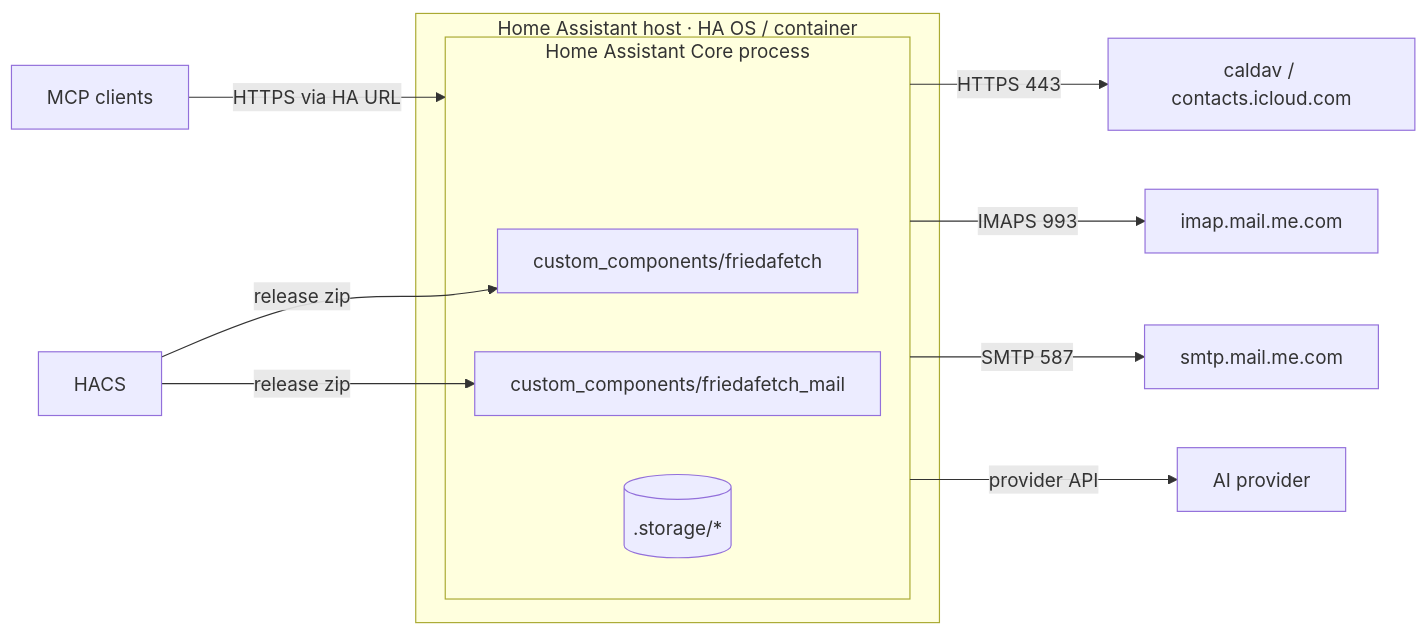
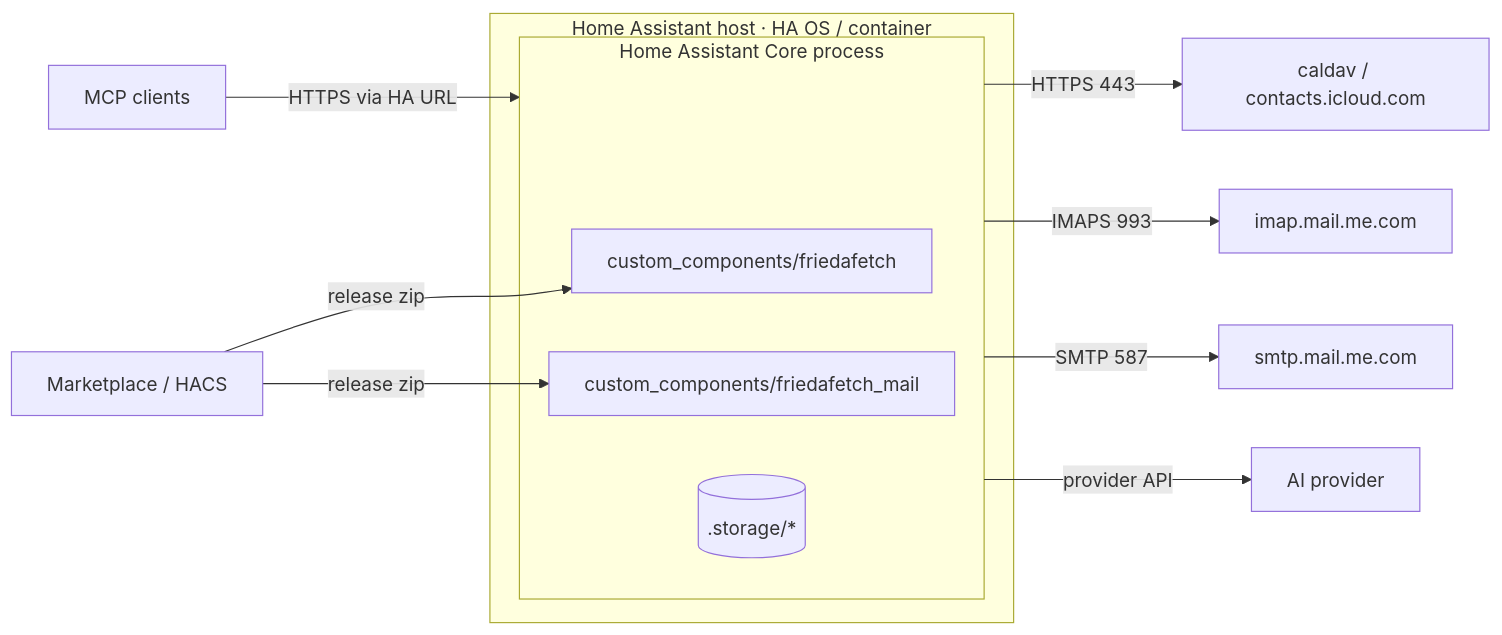
One commit to nadeo360/friedafetch changed the sixth of 7 diagrams in docs/architecture.md. Above: the diagram before and after it, drawn with Mermaid. The commit also changed other lines of this file and 8 other files, not shown here.

````diff
--- a/docs/architecture.md
+++ b/docs/architecture.md
@@ -353,17 +353,17 @@
 ```mermaid
 flowchart LR
   subgraph host[Home Assistant host · HA OS / container]
     subgraph core[Home Assistant Core process]
       f[custom_components/friedafetch]
       p[custom_components/friedafetch_mail]
       st[(.storage/*)]
     end
   end
-  hacs[HACS] -- release zip --> f
+  hacs[Marketplace / HACS] -- release zip --> f
   hacs -- release zip --> p
   core -- HTTPS 443 --> dav[caldav / contacts.icloud.com]
   core -- IMAPS 993 --> imap[imap.mail.me.com]
   core -- SMTP 587 --> smtp[smtp.mail.me.com]
   core -- provider API --> aiprov[AI provider]
   clients[MCP clients] -- HTTPS via HA URL --> core
 ```
````
